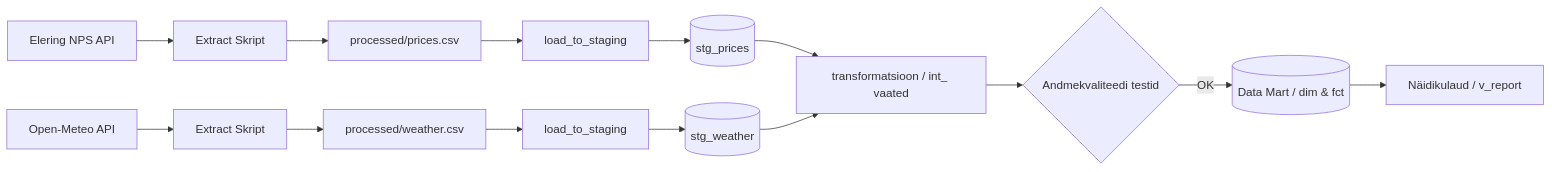
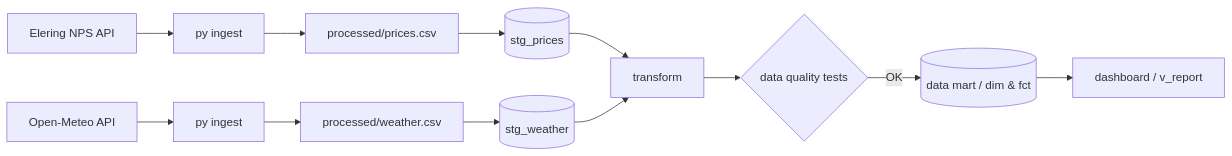
Before and after one commit to annniq/energy-weather-pipeline-v1: the diagram in docs/arhitektuur.md, drawn with Mermaid.

````diff
--- a/docs/arhitektuur.md
+++ b/docs/arhitektuur.md
@@ -23,20 +23,20 @@
 ```mermaid
 flowchart LR
     %% 1. Allikad ja andmete tõmbamine (Extract & Save to CSV)
-    api_prices[Elering NPS API] --> extract_p[Extract Skript] --> prices_raw[processed/prices.csv]
-    api_weather[Open-Meteo API] --> extract_w[Extract Skript] --> weather_raw[processed/weather.csv]
+    api_prices[Elering NPS API] --> ingest_p[py ingest] --> prices_raw[processed/prices.csv]
+    api_weather[Open-Meteo API] --> ingest_w[py ingest] --> weather_raw[processed/weather.csv]
     
     %% 2. Sissevõtt andmebaasi (load_to_staging)
-    prices_raw --> load_p[load_to_staging] --> stg_prices[(stg_prices)]
-    weather_raw --> load_w[load_to_staging] --> stg_weather[(stg_weather)]
+    prices_raw -->  stg_prices[(stg_prices)]
+    weather_raw --> stg_weather[(stg_weather)]
     
     %% 3. Transformatsioon ja kvaliteedikontroll
-    stg_prices --> transform[transformatsioon / int_ vaated]
+    stg_prices --> transform[transform ]
     stg_weather --> transform
     
-    transform --> quality{Andmekvaliteedi testid}
+    transform --> quality{data quality tests}
     
     %% 4. Mart ja Väljundid
-    quality -->|OK| mart[(Data Mart / dim & fct)]
-    mart --> dashboard[Näidikulaud / v_report]
+    quality -->|OK| mart[(data mart / dim & fct)]
+    mart --> dashboard[dashboard / v_report]
 ```
````
